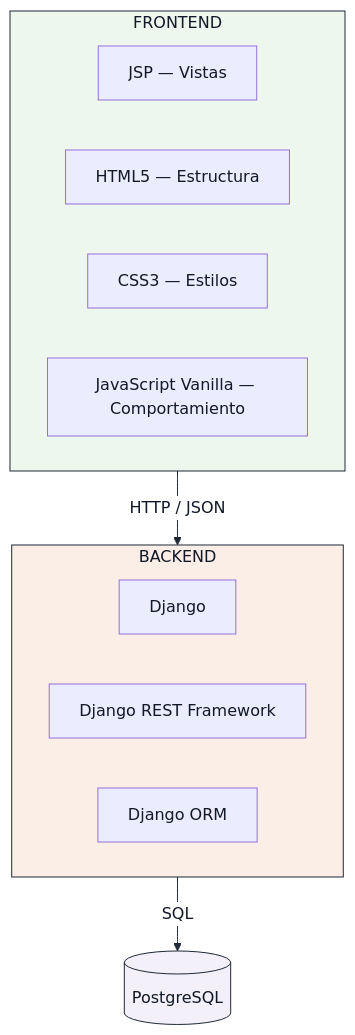
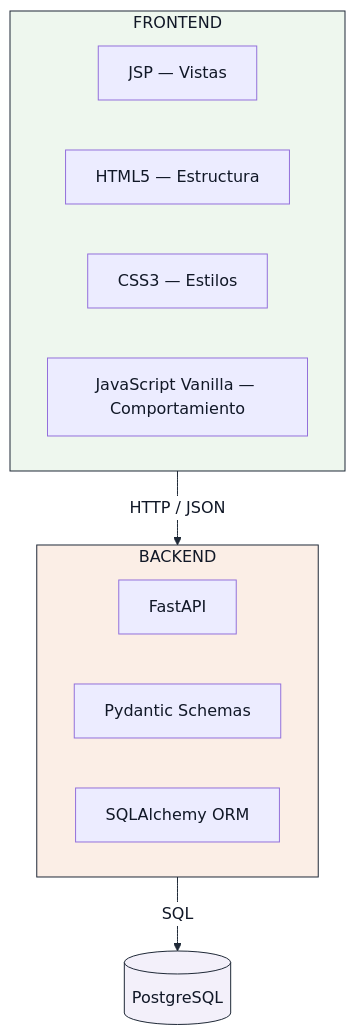
Before and after one commit to Darksam03/RuralConecta-ProyectoWeb: the seventh of 8 diagrams in docs/arquitectura/estructura-frontend.md, drawn with Mermaid. The commit also changed other lines of this file and 5 other files, not shown here.

````diff
--- a/docs/arquitectura/estructura-frontend.md
+++ b/docs/arquitectura/estructura-frontend.md
@@ -645,24 +645,24 @@
 ```mermaid
 %%{init: {'themeVariables': {'textColor':'#111827','primaryTextColor':'#111827','primaryColor':'#eef2f7','primaryBorderColor':'#1f2937','lineColor':'#1f2937','secondaryColor':'#eef2f7','tertiaryColor':'#f3f4f6','edgeLabelBackground':'#ffffff'}}}%%
 flowchart TD
     subgraph FE["FRONTEND"]
         F1["JSP — Vistas"]
         F2["HTML5 — Estructura"]
         F3["CSS3 — Estilos"]
         F4["JavaScript Vanilla — Comportamiento"]
     end
 
     FE -->|"HTTP / JSON"| BE
 
     subgraph BE["BACKEND"]
-        B1["Django"]
-        B2["Django REST Framework"]
-        B3["Django ORM"]
+        B1["FastAPI"]
+        B2["Pydantic Schemas"]
+        B3["SQLAlchemy ORM"]
     end
 
     BE -->|"SQL"| DB[("PostgreSQL")]
 
     style FE fill:#eef7ee,stroke:#1f2937,color:#111827
     style BE fill:#fbeee6,stroke:#1f2937,color:#111827
     style DB fill:#f3f0fa,stroke:#1f2937,color:#111827
 ```
````
